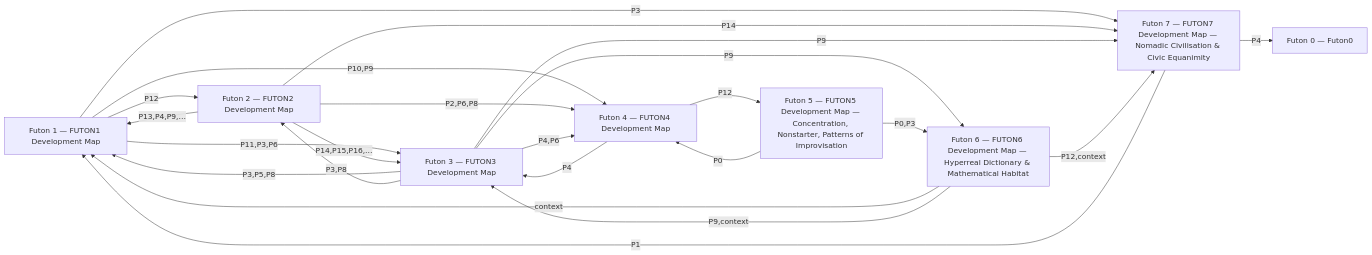
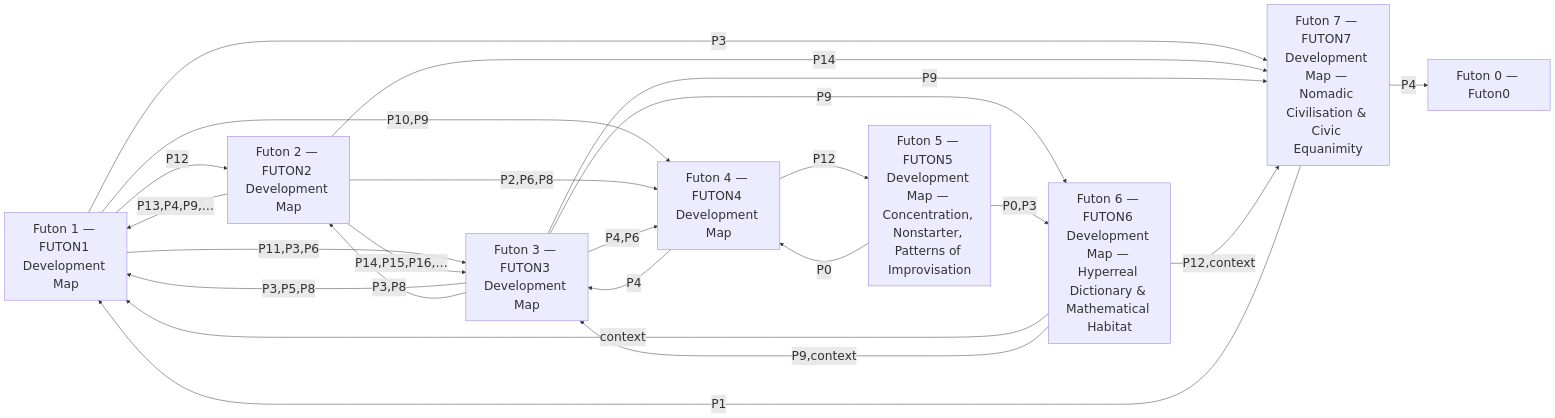
The diagram in holes/artifacts/devmap-deps.mmd (tothedarktowercame/futon3), drawn with Mermaid before and after one commit. The commit also changed 21 other files, not shown here.

```diff
--- a/holes/artifacts/devmap-deps.mmd
+++ b/holes/artifacts/devmap-deps.mmd
@@ -1,31 +1,32 @@
+%%{init: { 'themeVariables': { 'fontSize': '26px', 'labelTextSize': '24px' } }}%%
 graph LR
   f0["Futon 0 — Futon0"]
   f1["Futon 1 — FUTON1 Development Map"]
   f2["Futon 2 — FUTON2 Development Map"]
   f3["Futon 3 — FUTON3 Development Map"]
   f4["Futon 4 — FUTON4 Development Map"]
   f5["Futon 5 — FUTON5 Development Map — Concentration, Nonstarter, Patterns of Improvisation"]
   f6["Futon 6 — FUTON6 Development Map — Hyperreal Dictionary & Mathematical Habitat"]
   f7["Futon 7 — FUTON7 Development Map — Nomadic Civilisation & Civic Equanimity"]
   f1 -->|P12| f2
   f1 -->|P11,P3,P6| f3
   f1 -->|P10,P9| f4
   f1 -->|P3| f7
   f2 -->|P13,P4,P9,…| f1
   f2 -->|P14,P15,P16,…| f3
   f2 -->|P2,P6,P8| f4
   f2 -->|P14| f7
   f3 -->|P3,P5,P8| f1
   f3 -->|P3,P8| f2
   f3 -->|P4,P6| f4
   f3 -->|P9| f6
   f3 -->|P9| f7
   f4 -->|P4| f3
   f4 -->|P12| f5
   f5 -->|P0| f4
   f5 -->|P0,P3| f6
   f6 -->|context| f1
   f6 -->|P9,context| f3
   f6 -->|P12,context| f7
   f7 -->|P4| f0
   f7 -->|P1| f1
```
